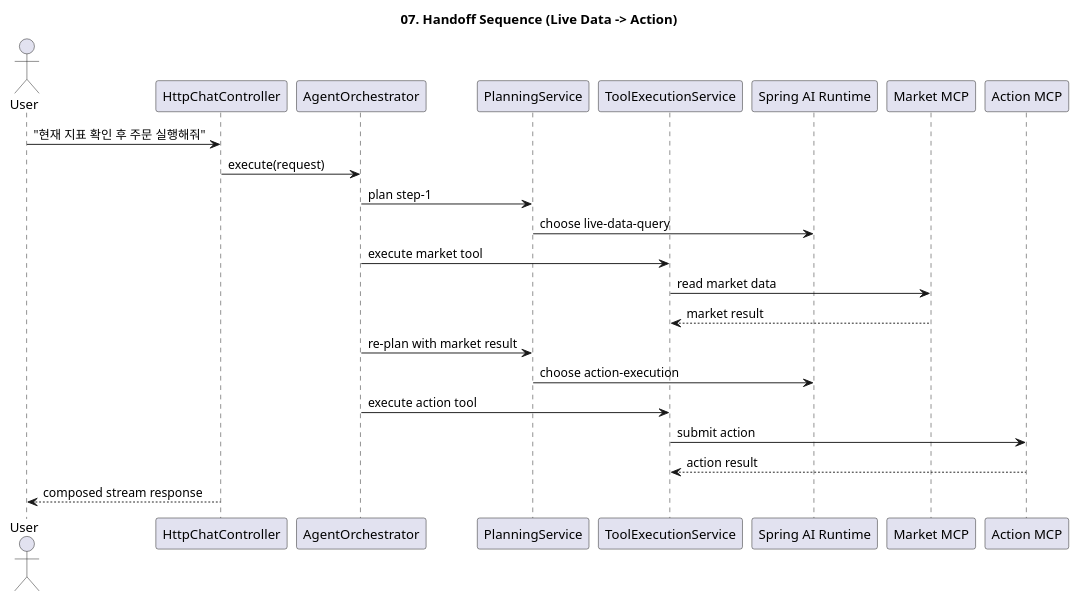
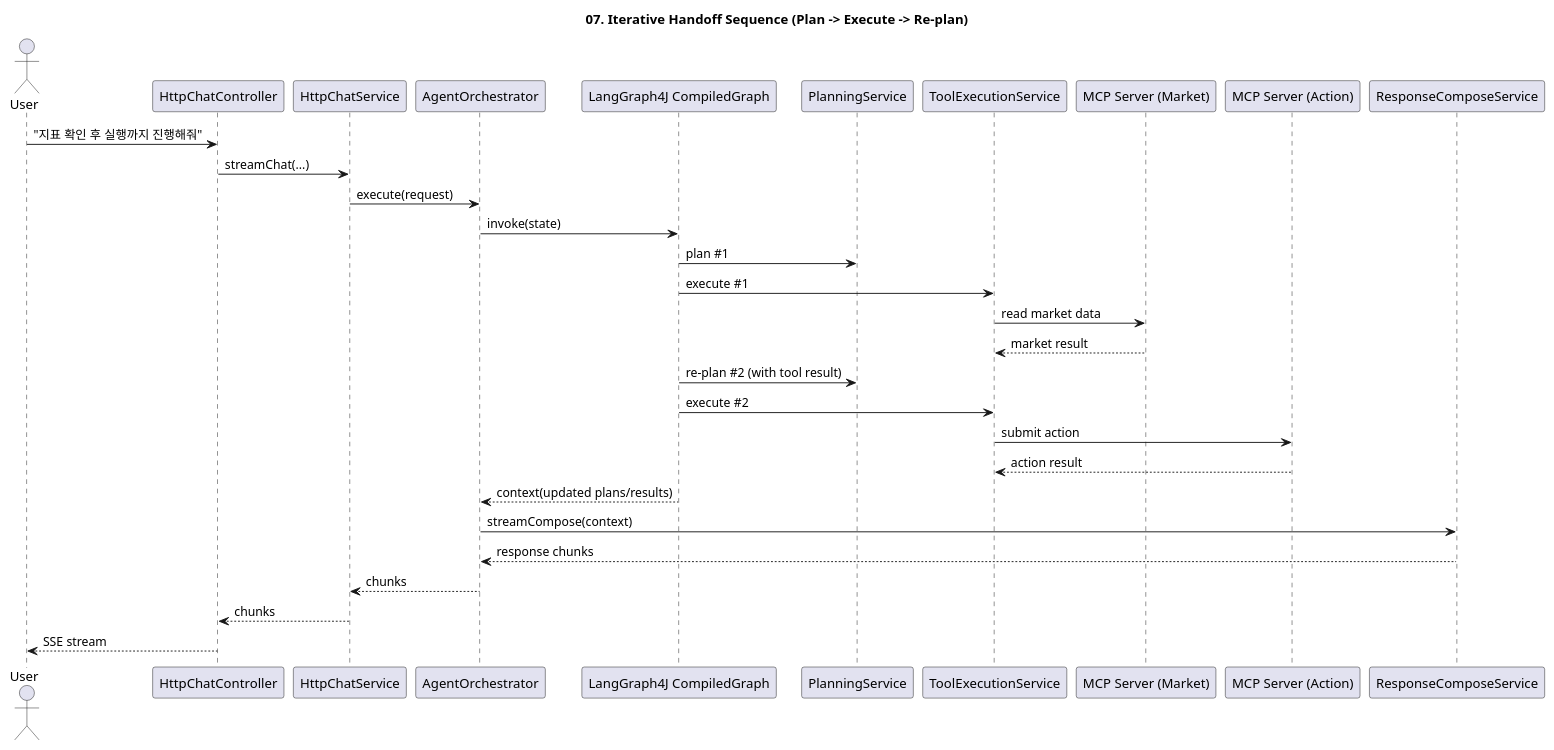
One commit to kim57uak/spring-ai changed the diagram in documents/mcp-orchestrator-architecture/07-reservation-query-sequence.puml. Above: the diagram before and after it, drawn with PlantUML. The commit also changed 63 other files, not shown here.

Commit message:
Refactor agent architecture, exception layering, and docs sync

```diff
--- a/documents/mcp-orchestrator-architecture/07-reservation-query-sequence.puml
+++ b/documents/mcp-orchestrator-architecture/07-reservation-query-sequence.puml
@@ -1,32 +1,40 @@
 @startuml
 !pragma layout smetana
-title 07. Handoff Sequence (Live Data -> Action)
+title 07. Iterative Handoff Sequence (Plan -> Execute -> Re-plan)
 
 skinparam shadowing false
 
 actor User
 participant "HttpChatController" as Controller
+participant "HttpChatService" as ChatService
 participant "AgentOrchestrator" as Orchestrator
+participant "LangGraph4J CompiledGraph" as StateGraph
 participant "PlanningService" as Planner
 participant "ToolExecutionService" as Executor
-participant "Spring AI Runtime" as Runtime
-participant "Market MCP" as MarketMcp
-participant "Action MCP" as ActionMcp
+participant "MCP Server (Market)" as MarketMcp
+participant "MCP Server (Action)" as ActionMcp
+participant "ResponseComposeService" as Composer
 
-User -> Controller : "현재 지표 확인 후 주문 실행해줘"
-Controller -> Orchestrator : execute(request)
-Orchestrator -> Planner : plan step-1
-Planner -> Runtime : choose live-data-query
-Orchestrator -> Executor : execute market tool
+User -> Controller : "지표 확인 후 실행까지 진행해줘"
+Controller -> ChatService : streamChat(...)
+ChatService -> Orchestrator : execute(request)
+Orchestrator -> StateGraph : invoke(state)
+
+StateGraph -> Planner : plan #1
+StateGraph -> Executor : execute #1
 Executor -> MarketMcp : read market data
 MarketMcp --> Executor : market result
 
-Orchestrator -> Planner : re-plan with market result
-Planner -> Runtime : choose action-execution
-Orchestrator -> Executor : execute action tool
+StateGraph -> Planner : re-plan #2 (with tool result)
+StateGraph -> Executor : execute #2
 Executor -> ActionMcp : submit action
 ActionMcp --> Executor : action result
 
-Controller --> User : composed stream response
+StateGraph --> Orchestrator : context(updated plans/results)
+Orchestrator -> Composer : streamCompose(context)
+Composer --> Orchestrator : response chunks
+Orchestrator --> ChatService : chunks
+ChatService --> Controller : chunks
+Controller --> User : SSE stream
 
 @enduml
```
